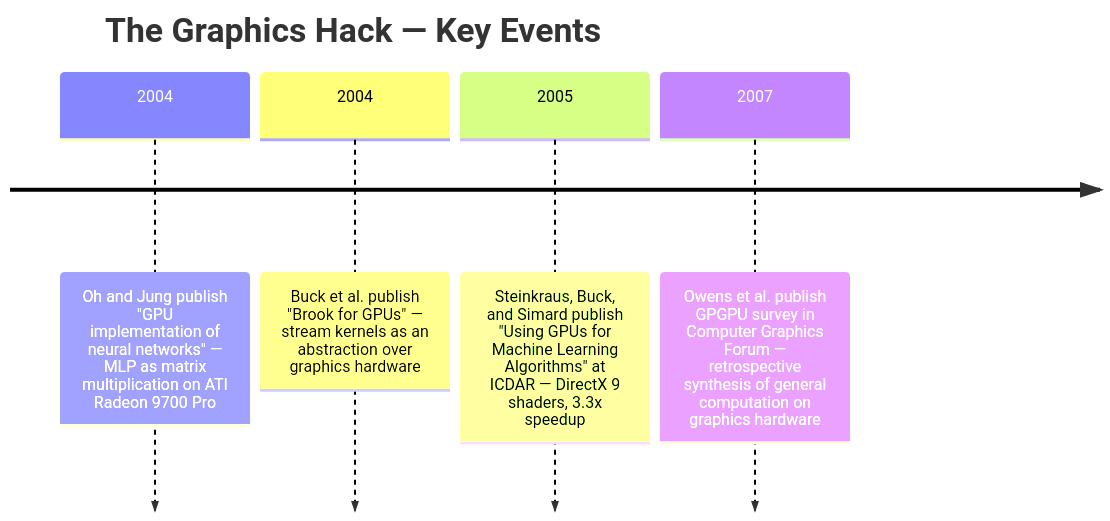
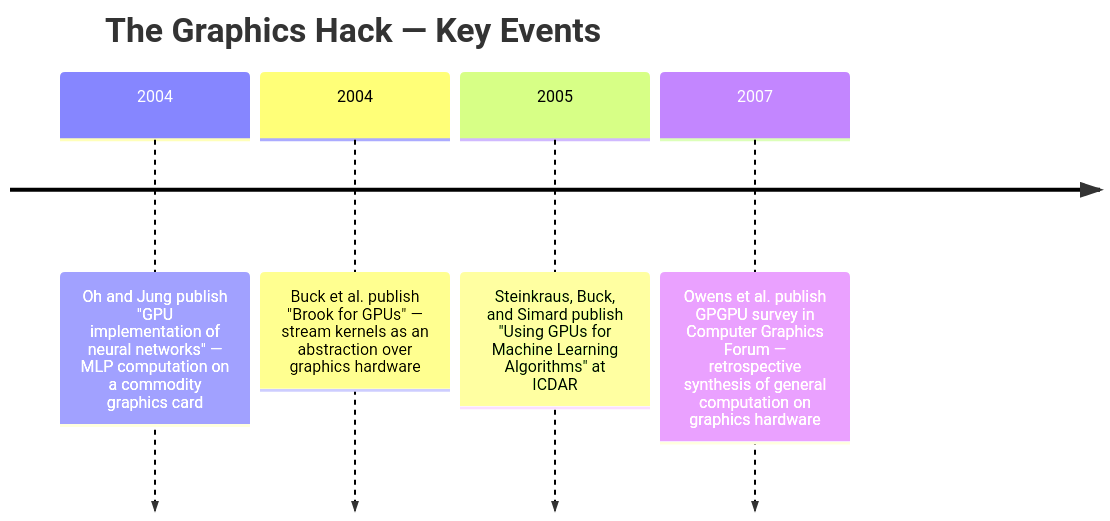
Before and after one commit to krisztiankoos/kubedojo: the first of 2 diagrams in src/content/docs/ai-history/ch-41-the-graphics-hack.md, drawn with Mermaid. The commit also changed other lines of this file and 2 other files, not shown here.

````diff
--- a/src/content/docs/ai-history/ch-41-the-graphics-hack.md
+++ b/src/content/docs/ai-history/ch-41-the-graphics-hack.md
@@ -28,8 +28,8 @@
 ```mermaid
 timeline
     title The Graphics Hack — Key Events
-    2004 : Oh and Jung publish "GPU implementation of neural networks" — MLP as matrix multiplication on ATI Radeon 9700 Pro
+    2004 : Oh and Jung publish "GPU implementation of neural networks" — MLP computation on a commodity graphics card
     2004 : Buck et al. publish "Brook for GPUs" — stream kernels as an abstraction over graphics hardware
-    2005 : Steinkraus, Buck, and Simard publish "Using GPUs for Machine Learning Algorithms" at ICDAR — DirectX 9 shaders, 3.3x speedup
+    2005 : Steinkraus, Buck, and Simard publish "Using GPUs for Machine Learning Algorithms" at ICDAR
     2007 : Owens et al. publish GPGPU survey in Computer Graphics Forum — retrospective synthesis of general computation on graphics hardware
 ```
````
